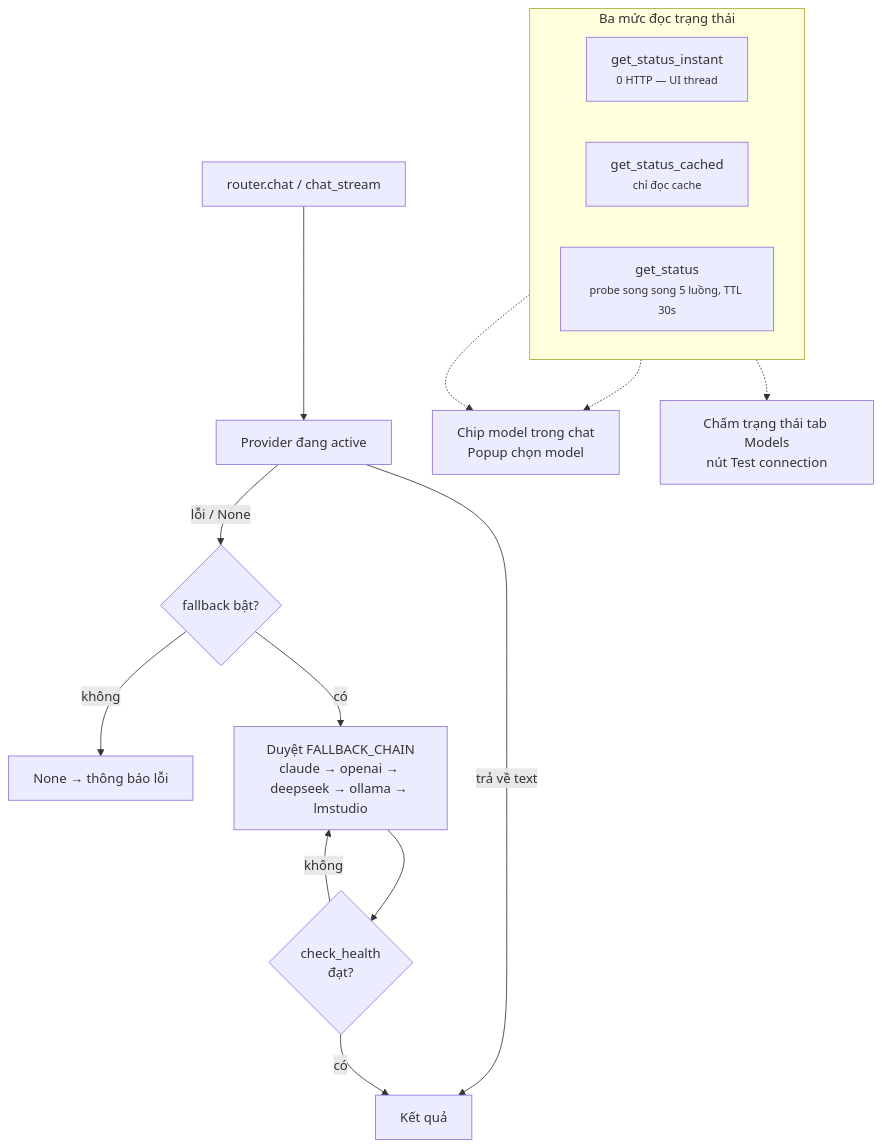
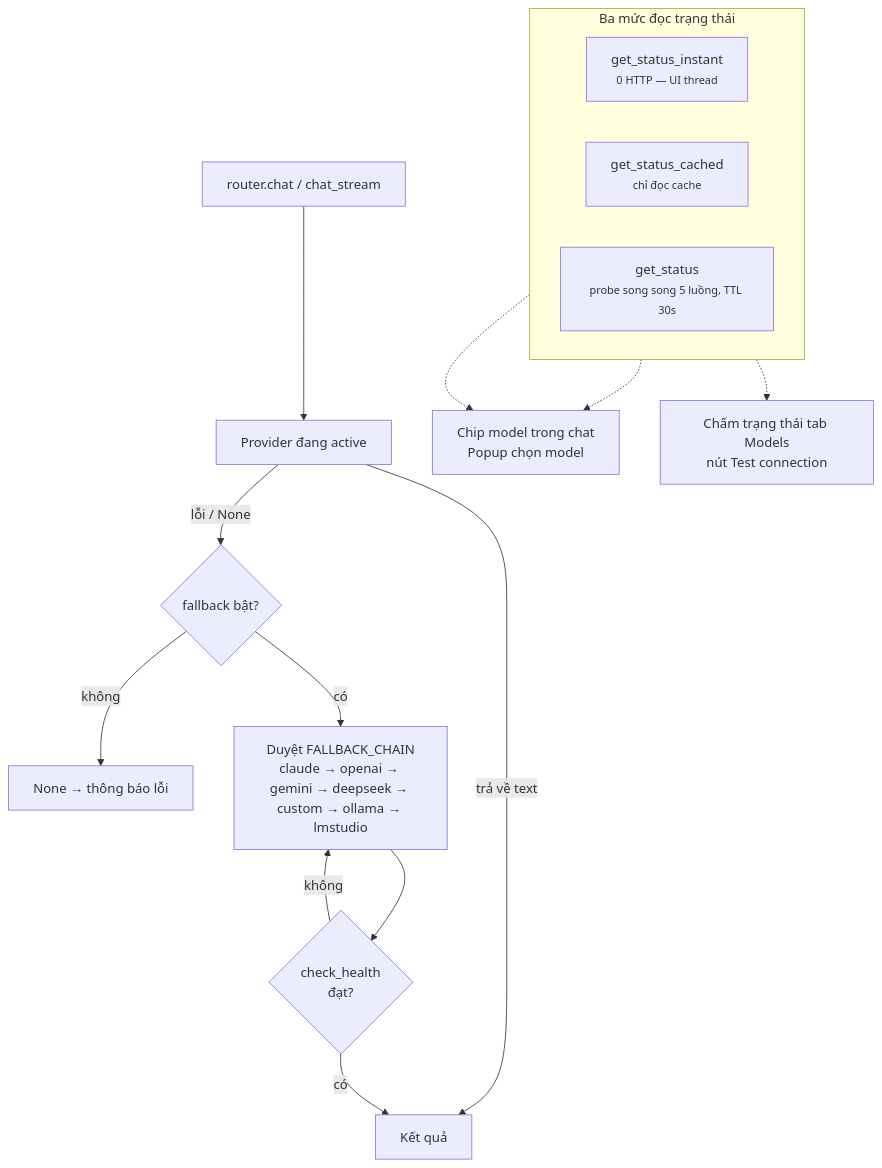
The fourth of 4 diagrams in docs/assistant-llms-setting-flow.md (thanhtranarch/T3LabLite), drawn with Mermaid before and after one commit. The commit also changed 20 other files, not shown here.

````diff
--- a/docs/assistant-llms-setting-flow.md
+++ b/docs/assistant-llms-setting-flow.md
@@ -142,22 +142,22 @@
 ```mermaid
 flowchart TD
     REQ["router.chat / chat_stream"] --> ACT["Provider đang active"]
     ACT -- "trả về text" --> OK["Kết quả"]
     ACT -- "lỗi / None" --> FB{"fallback bật?"}
     FB -- không --> NONE["None → thông báo lỗi"]
-    FB -- có --> CHAIN["Duyệt FALLBACK_CHAIN<br/>claude → openai → deepseek → ollama → lmstudio"]
+    FB -- có --> CHAIN["Duyệt FALLBACK_CHAIN<br/>claude → openai → gemini → deepseek → custom → ollama → lmstudio"]
     CHAIN --> HC{"check_health<br/>đạt?"}
     HC -- không --> CHAIN
     HC -- có --> OK
 
     subgraph ST["Ba mức đọc trạng thái"]
         direction LR
         I["get_status_instant<br/><small>0 HTTP — UI thread</small>"]
         CH["get_status_cached<br/><small>chỉ đọc cache</small>"]
         FULL["get_status<br/><small>probe song song 5 luồng, TTL 30s</small>"]
     end
 
     I -.-> UI1["Chip model trong chat<br/>Popup chọn model"]
     FULL -.-> UI2["Chấm trạng thái tab Models<br/>nút Test connection"]
     CH -.-> UI1
 ```
````
